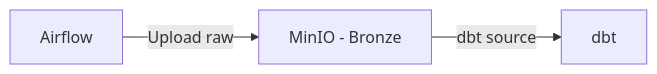
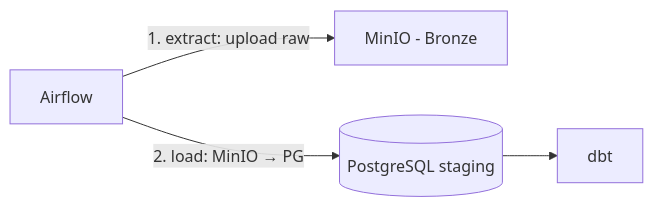
Before and after one commit to RochaCarla/doc-bp: the diagram in docs/infraestrutura/minio.md, drawn with Mermaid. The commit also changed 28 other files, not shown here.

````diff
--- a/docs/infraestrutura/minio.md
+++ b/docs/infraestrutura/minio.md
@@ -9,5 +9,6 @@
 ```mermaid
 graph LR
-    AF[Airflow] -->|Upload raw| MN[MinIO - Bronze]
-    MN -->|dbt source| DBT[dbt]
+    AF[Airflow] -->|"1. extract: upload raw"| MN[MinIO - Bronze]
+    AF -->|"2. load: MinIO → PG"| PG[(PostgreSQL staging)]
+    PG --> DBT[dbt]
 ```
````
